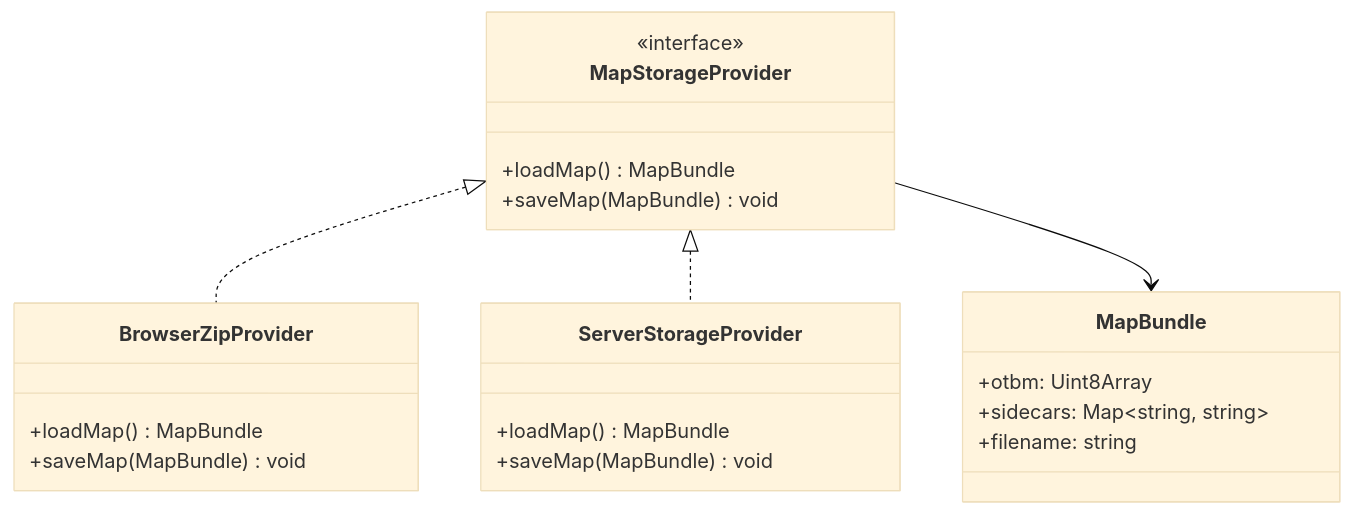
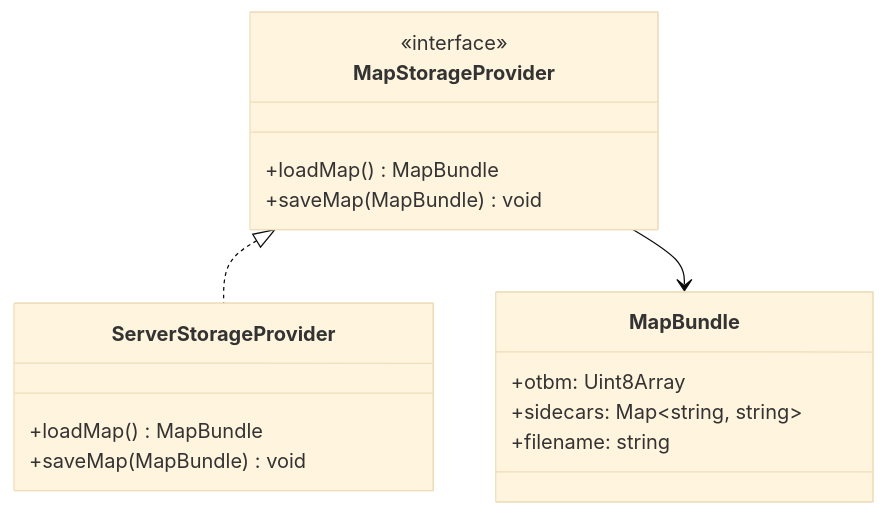
Before and after one commit to knobik/yatme: the second of 3 diagrams in MAP_IO_RESEARCH.md, drawn with Mermaid (base theme). The commit also changed other lines of this file, not shown here.

Commit message:
Streamline `MAP_IO_RESEARCH.md`: consolidate to server-only architecture, redefine deployment model, update storage interface details, and remove browser mode implementation notes.

````diff
--- a/MAP_IO_RESEARCH.md
+++ b/MAP_IO_RESEARCH.md
@@ -71,28 +61,22 @@
 ```mermaid
 classDiagram
     class MapStorageProvider {
         <<interface>>
         +loadMap() MapBundle
         +saveMap(MapBundle) void
     }
 
     class MapBundle {
         +otbm: Uint8Array
         +sidecars: Map~string, string~
         +filename: string
     }
 
-    class BrowserZipProvider {
-        +loadMap() MapBundle
-        +saveMap(MapBundle) void
-    }
-
     class ServerStorageProvider {
         +loadMap() MapBundle
         +saveMap(MapBundle) void
     }
 
-    MapStorageProvider <|.. BrowserZipProvider
     MapStorageProvider <|.. ServerStorageProvider
     MapStorageProvider --> MapBundle
 ```
````
